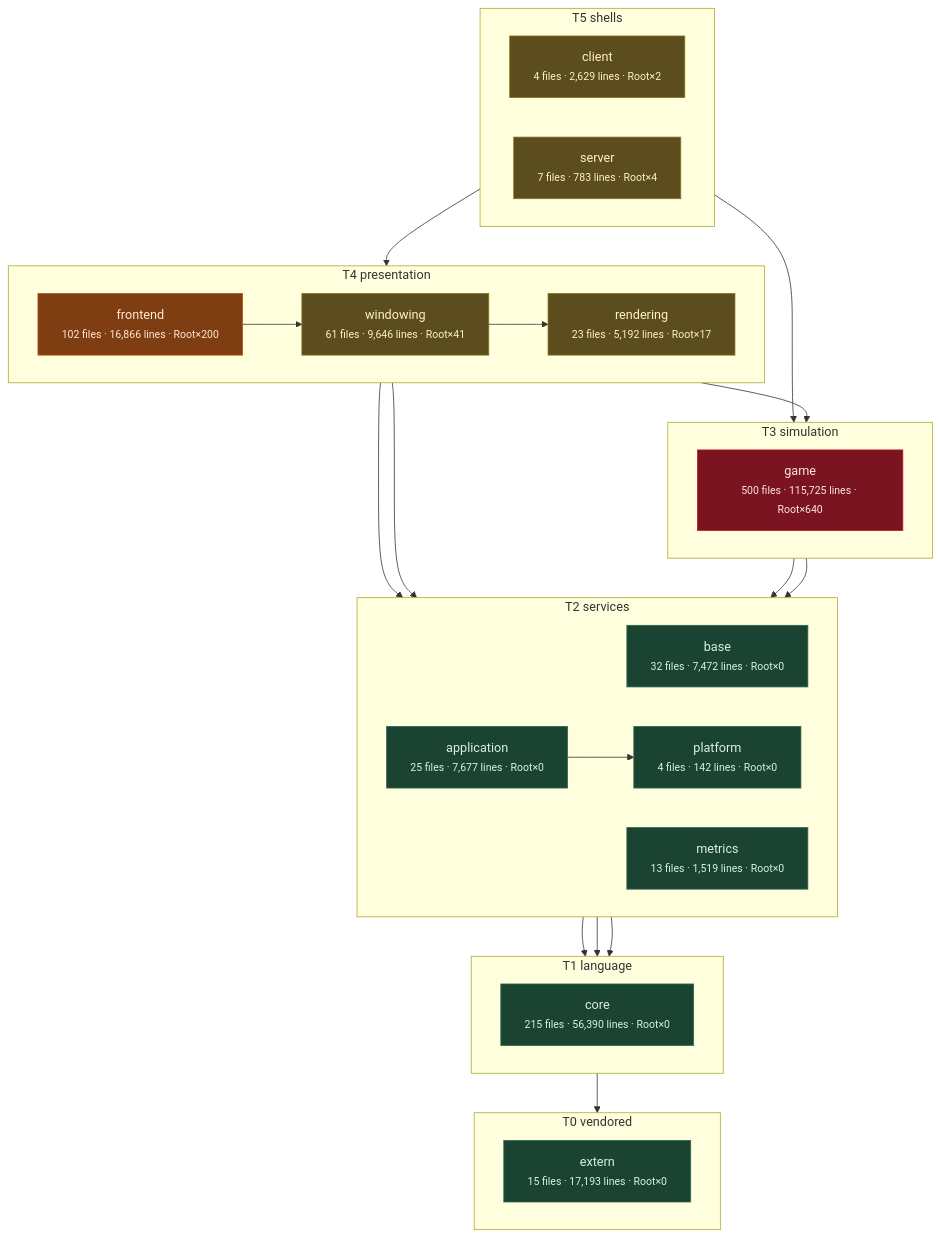
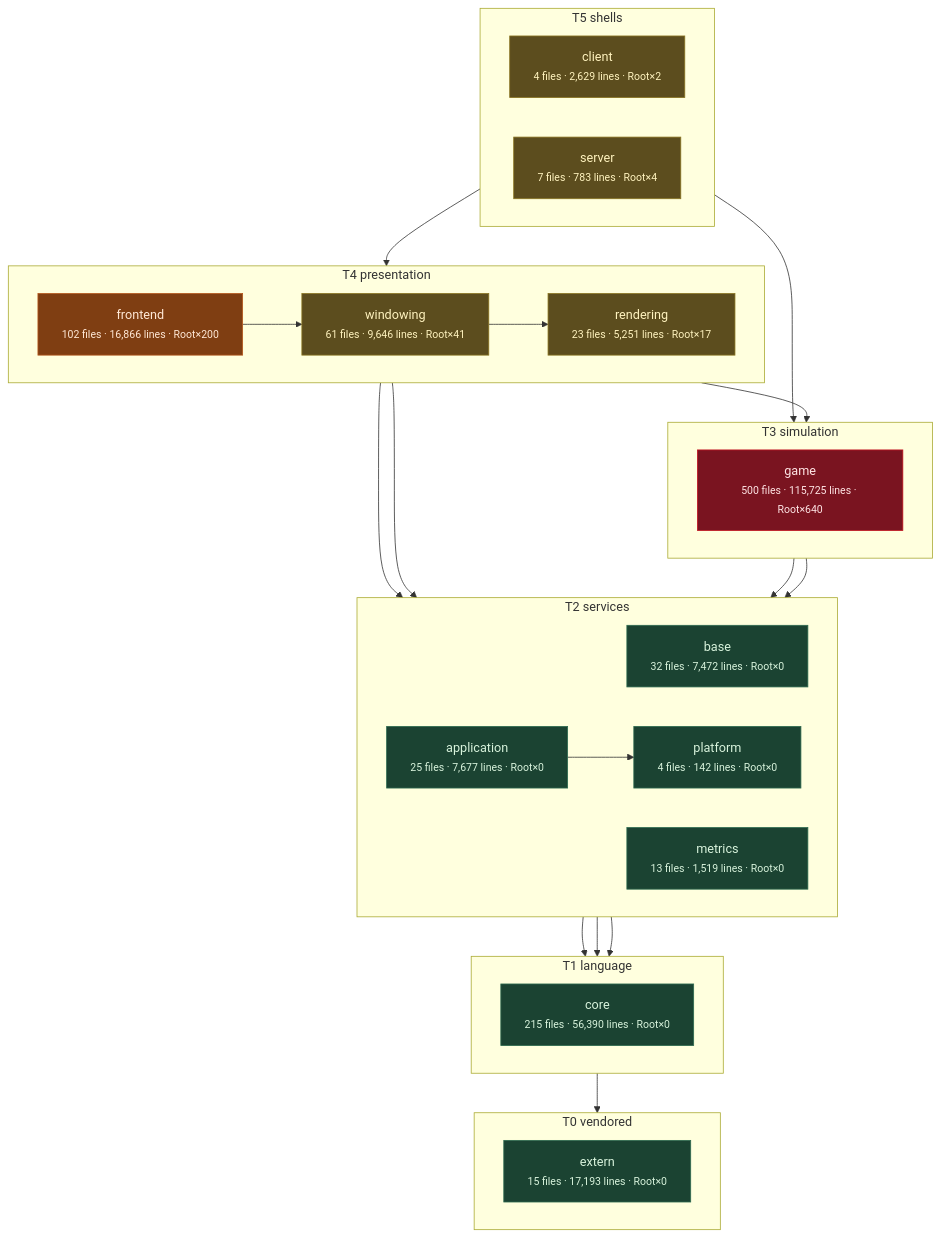
Before and after one commit to apnex/OpenStarbound: the third of 11 diagrams in docs/architecture/system-boundaries.md, drawn with Mermaid. The commit also changed other lines of this file and 2 other files, not shown here.

````diff
--- a/docs/architecture/system-boundaries.md
+++ b/docs/architecture/system-boundaries.md
@@ -271,55 +271,55 @@
 ```mermaid
 flowchart TD
   subgraph T0["T0 vendored"]
     direction LR
     extern["extern<br/><small>15 files · 17,193 lines · Root×0</small>"]
   end
   subgraph T1["T1 language"]
     direction LR
     core["core<br/><small>215 files · 56,390 lines · Root×0</small>"]
   end
   subgraph T2["T2 services"]
     direction LR
     base["base<br/><small>32 files · 7,472 lines · Root×0</small>"]
     metrics["metrics<br/><small>13 files · 1,519 lines · Root×0</small>"]
     platform["platform<br/><small>4 files · 142 lines · Root×0</small>"]
     application["application<br/><small>25 files · 7,677 lines · Root×0</small>"]
   end
   subgraph T3["T3 simulation"]
     direction LR
     game["game<br/><small>500 files · 115,725 lines · Root×640</small>"]
   end
   subgraph T4["T4 presentation"]
     direction LR
-    rendering["rendering<br/><small>23 files · 5,192 lines · Root×17</small>"]
+    rendering["rendering<br/><small>23 files · 5,251 lines · Root×17</small>"]
     windowing["windowing<br/><small>61 files · 9,646 lines · Root×41</small>"]
     frontend["frontend<br/><small>102 files · 16,866 lines · Root×200</small>"]
   end
   subgraph T5["T5 shells"]
     direction LR
     client["client<br/><small>4 files · 2,629 lines · Root×2</small>"]
     server["server<br/><small>7 files · 783 lines · Root×4</small>"]
   end
   core --> extern
   base --> core
   metrics --> core
   platform --> core
   application --> platform
   game --> base
   game --> platform
   rendering --> application
   rendering --> game
   windowing --> rendering
   frontend --> metrics
   frontend --> windowing
   client --> frontend
   server --> game
   classDef clean fill:#1b4332,stroke:#2d6a4f,color:#d8f3dc
   classDef warm  fill:#5c4d1e,stroke:#8a7420,color:#fff3bf
   classDef hot   fill:#7f3e12,stroke:#b5561b,color:#ffe8d6
   classDef blaze fill:#7a1420,stroke:#c1121f,color:#ffe5e5
   class extern,core,base,metrics,platform,application clean
   class rendering,windowing,client,server warm
   class frontend hot
   class game blaze
 ```
````
